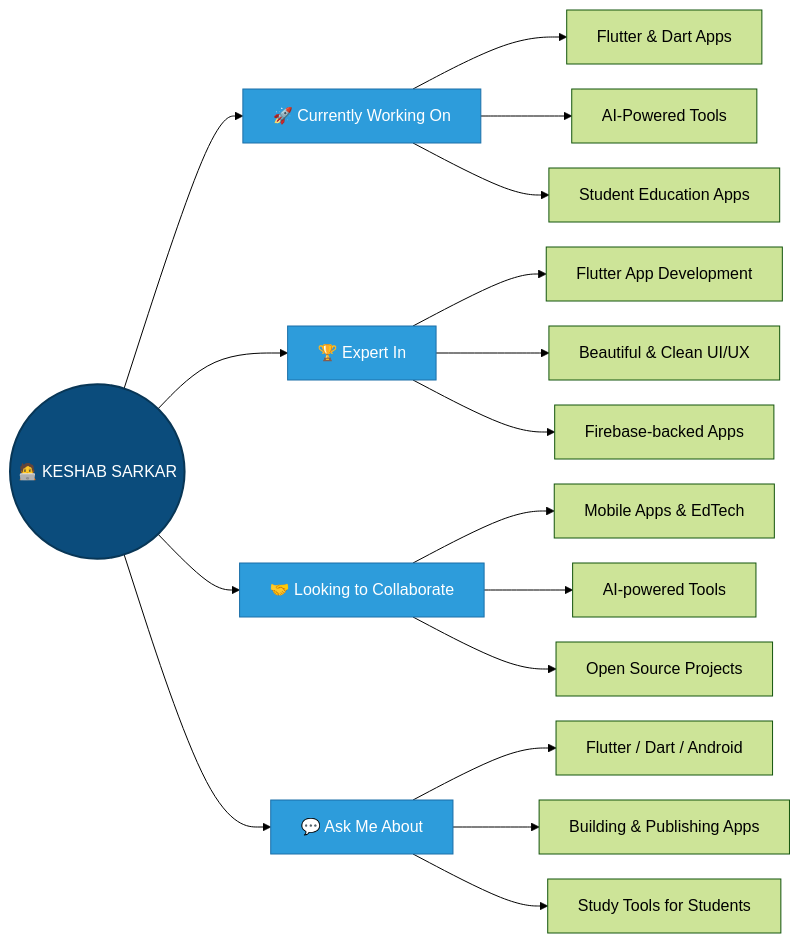
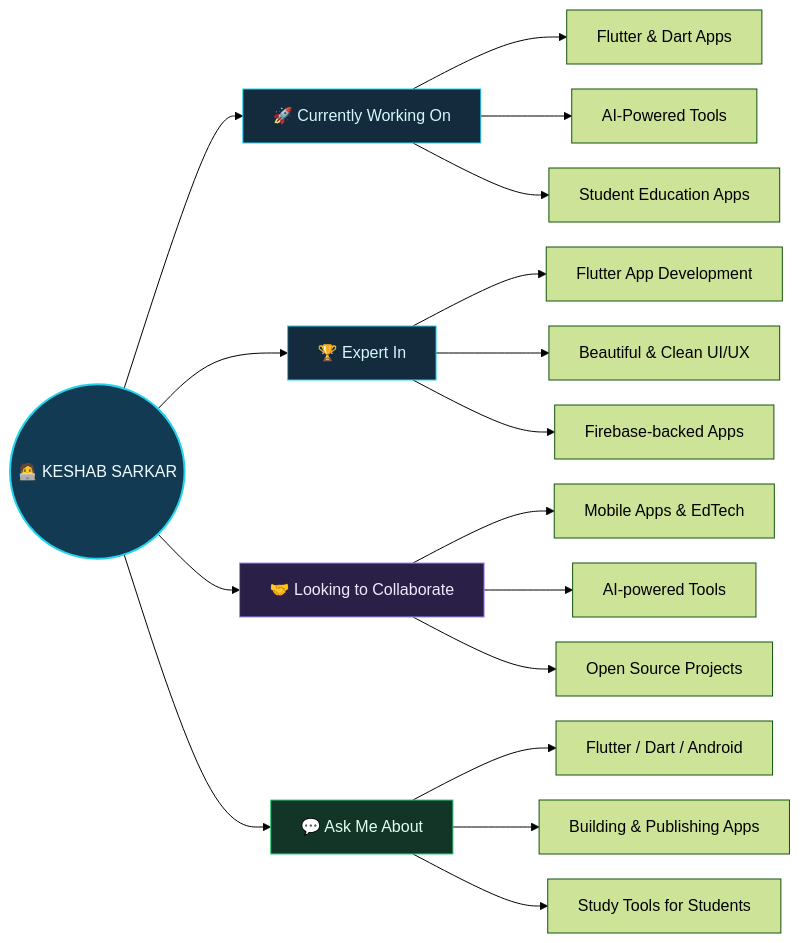
One commit to Keshab1997/Keshab1997 changed the diagram in README.md. Above: the diagram before and after it, drawn with Mermaid (forest theme). The commit also changed other lines of this file, not shown here.

````diff
--- a/README.md
+++ b/README.md
@@ -30,31 +32,31 @@
 ```mermaid
 %%{init: {"flowchart": {"nodeSpacing": 25, "rankSpacing": 55}}}%%
 flowchart LR
     ME(("🧑‍💻 KESHAB SARKAR"))
 
     ME --> CW["🚀 Currently Working On"]
     CW --> CW1[Flutter & Dart Apps]
     CW --> CW2[AI-Powered Tools]
     CW --> CW3[Student Education Apps]
 
     ME --> EX["🏆 Expert In"]
     EX --> EX1[Flutter App Development]
     EX --> EX2[Beautiful & Clean UI/UX]
     EX --> EX3[Firebase-backed Apps]
 
     ME --> COL["🤝 Looking to Collaborate"]
     COL --> COL1[Mobile Apps & EdTech]
     COL --> COL2[AI-powered Tools]
     COL --> COL3[Open Source Projects]
 
     ME --> ASK["💬 Ask Me About"]
     ASK --> ASK1[Flutter / Dart / Android]
     ASK --> ASK2[Building & Publishing Apps]
     ASK --> ASK3[Study Tools for Students]
 
-    style ME fill:#0B4C7C,stroke:#083656,stroke-width:2px,color:#fff
-    style CW fill:#2D9CDB,stroke:#1B6FA8,color:#fff
-    style EX fill:#2D9CDB,stroke:#1B6FA8,color:#fff
-    style COL fill:#2D9CDB,stroke:#1B6FA8,color:#fff
-    style ASK fill:#2D9CDB,stroke:#1B6FA8,color:#fff
+    style ME fill:#123A52,stroke:#22D3EE,stroke-width:2px,color:#F0FCFF
+    style CW fill:#132B3D,stroke:#22D3EE,color:#D7F7FF
+    style EX fill:#132B3D,stroke:#22D3EE,color:#D7F7FF
+    style COL fill:#2A1F47,stroke:#A78BFA,color:#F1EAFF
+    style ASK fill:#123527,stroke:#33D17E,color:#E4FFEF
 ```
````
